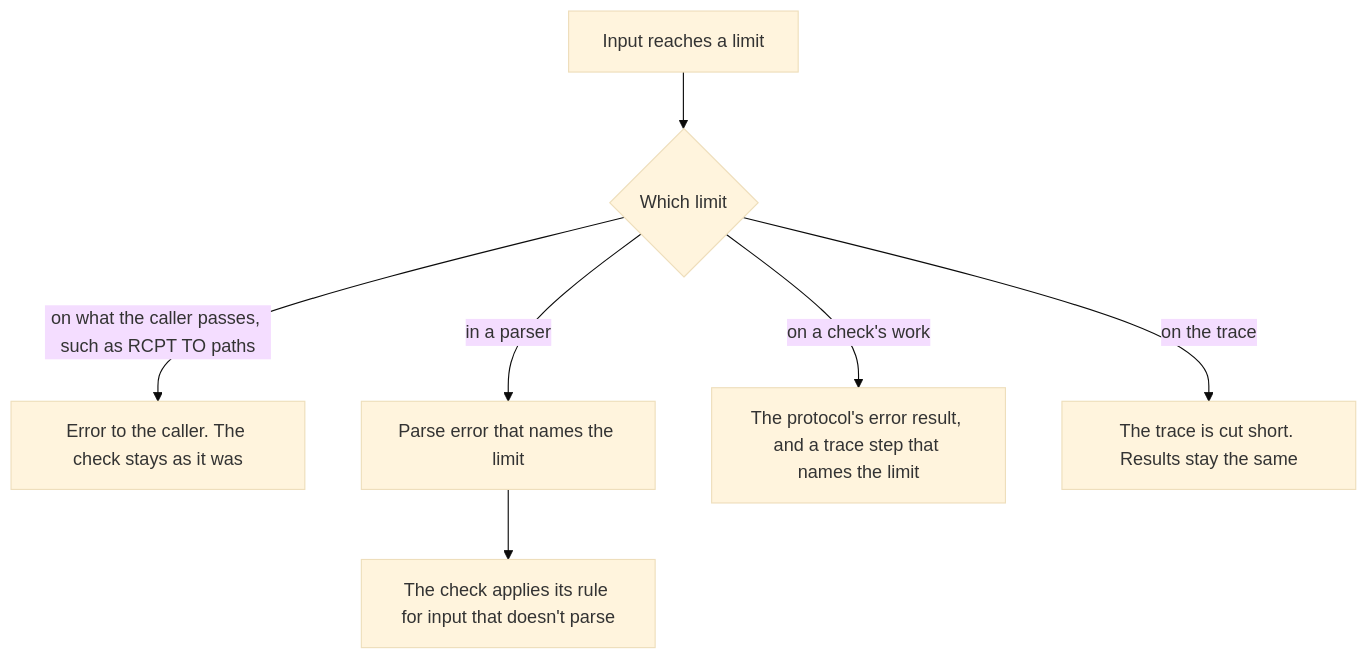
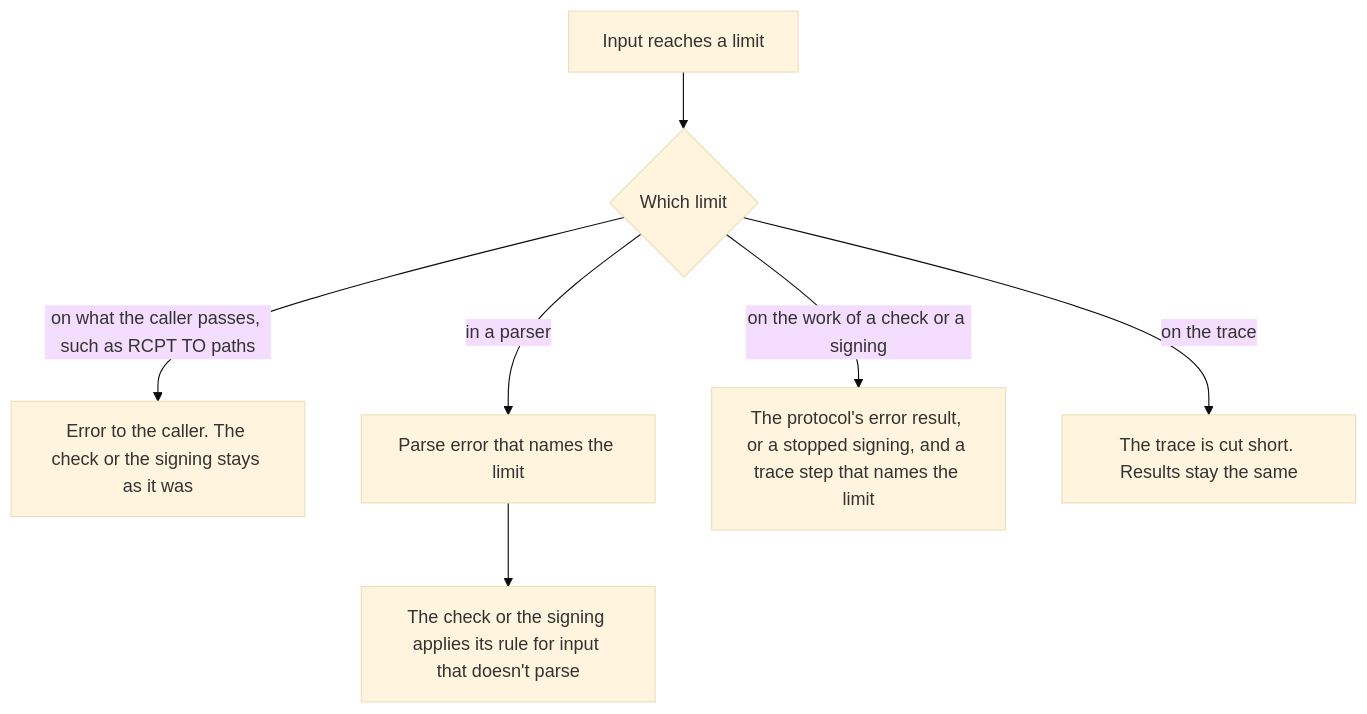
The diagram in docs/reference/design/limits.md (photom/hallmark), drawn with Mermaid (base theme) before and after one commit. The commit also changed other lines of this file and 45 other files, not shown here.

First line of the commit message:
Fix the review of main: SPF exp= scope, field placement, signing coverage and the caller's side (#20)

````diff
--- a/docs/reference/design/limits.md
+++ b/docs/reference/design/limits.md
@@ -15,9 +15,9 @@
 ```mermaid
 flowchart TD
     hit["Input reaches a limit"] --> kind{"Which limit"}
-    kind -->|"on what the caller passes, such as RCPT TO paths"| err["Error to the caller. The check stays as it was"]
+    kind -->|"on what the caller passes, such as RCPT TO paths"| err["Error to the caller. The check or the signing stays as it was"]
     kind -->|"in a parser"| parse["Parse error that names the limit"]
-    parse --> rule["The check applies its rule for input that doesn't parse"]
-    kind -->|"on a check's work"| result["The protocol's error result, and a trace step that names the limit"]
+    parse --> rule["The check or the signing applies its rule for input that doesn't parse"]
+    kind -->|"on the work of a check or a signing"| result["The protocol's error result, or a stopped signing, and a trace step that names the limit"]
     kind -->|"on the trace"| cut["The trace is cut short. Results stay the same"]
 ```
````
